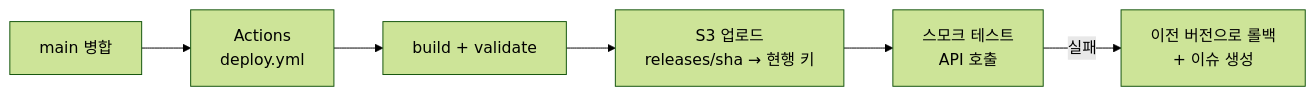
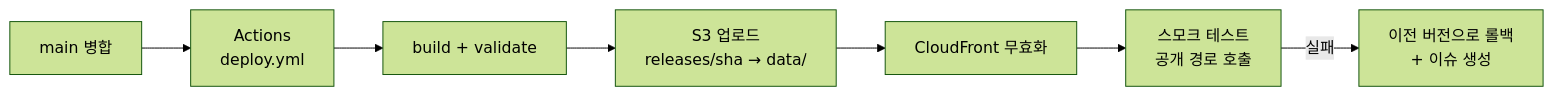
The third of 4 diagrams in automation/docs/DESIGN.md (AuroraCaelum/TakasakiInfo), drawn with Mermaid (forest theme) before and after one commit. The commit also changed other lines of this file and 21 other files, not shown here.

````diff
--- a/automation/docs/DESIGN.md
+++ b/automation/docs/DESIGN.md
@@ -1041,8 +1050,9 @@
 ```mermaid
 flowchart LR
   M[main 병합] --> A[Actions<br/>deploy.yml]
   A --> B[build + validate]
-  B --> U[S3 업로드<br/>releases/sha → 현행 키]
-  U --> T[스모크 테스트<br/>API 호출]
+  B --> U[S3 업로드<br/>releases/sha → data/]
+  U --> I[CloudFront 무효화]
+  I --> T[스모크 테스트<br/>공개 경로 호출]
   T -->|실패| R[이전 버전으로 롤백<br/>+ 이슈 생성]
 ```
````
